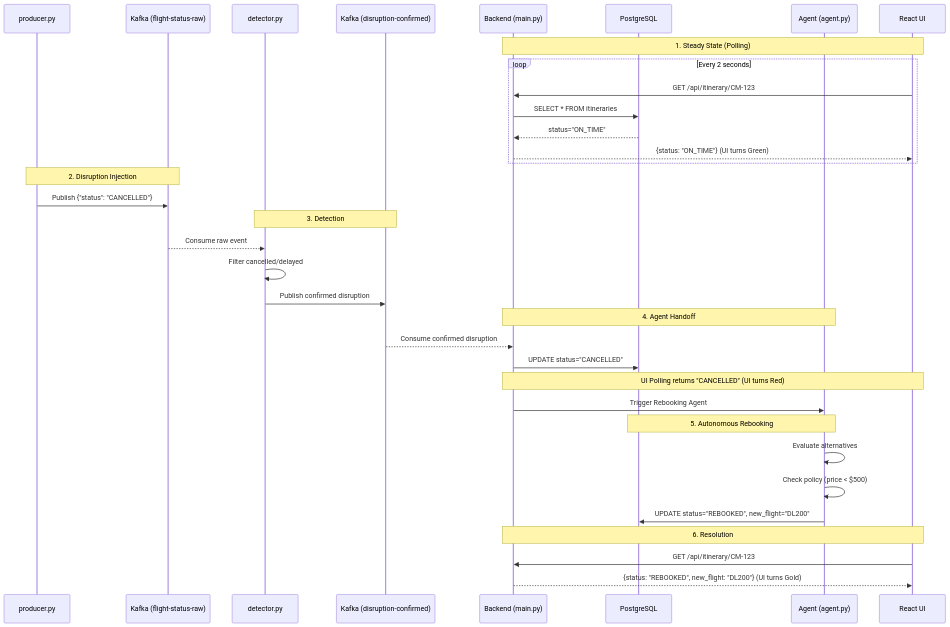
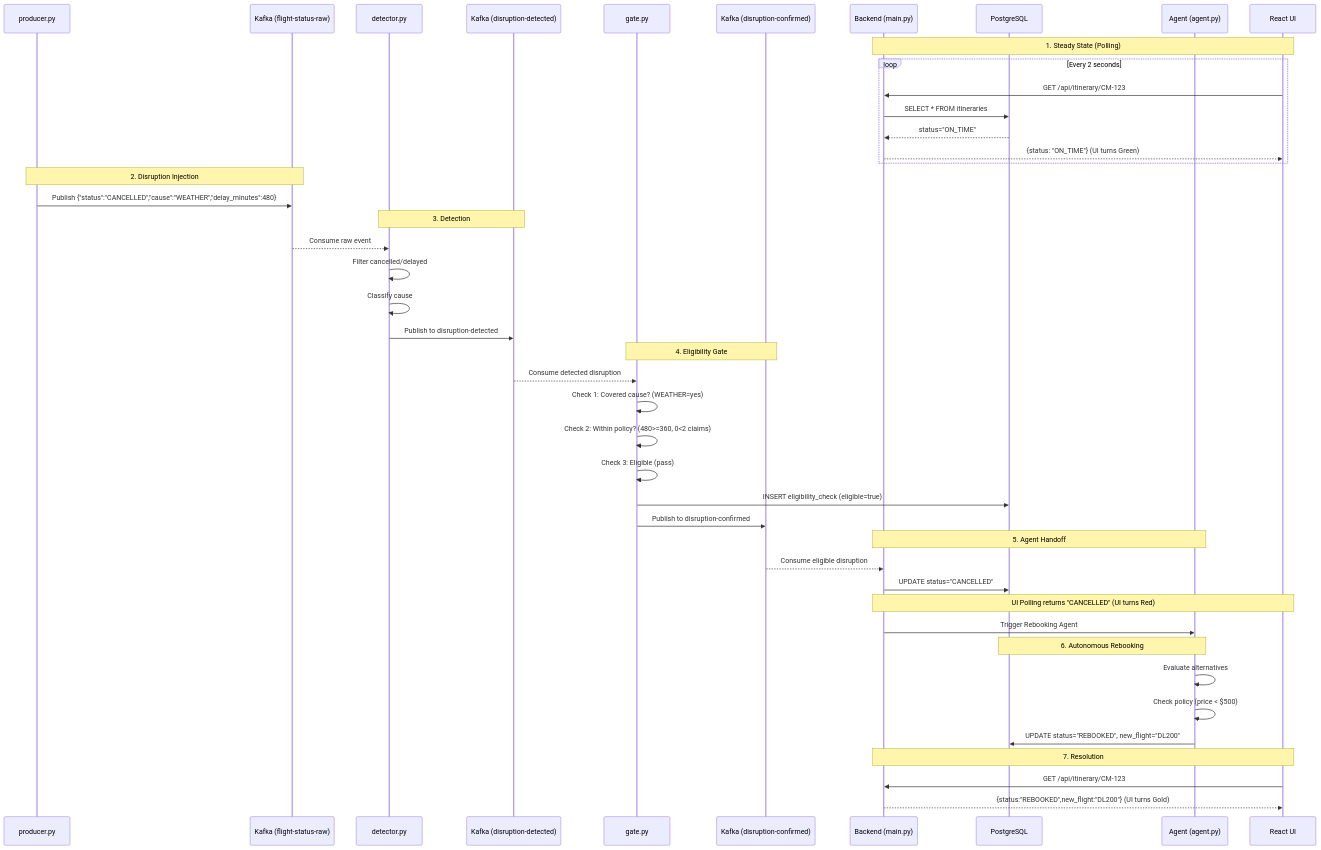
One commit to bishwathakur/Prototype-1 changed the second of 3 diagrams in README.md. Above: the diagram before and after it, drawn with Mermaid. The commit also changed other lines of this file and 14 other files, not shown here.

First line of the commit message:
feat: gate rebooking behind insurance eligibility

````diff
--- a/README.md
+++ b/README.md
@@ -50,42 +49,53 @@
 ```mermaid
 sequenceDiagram
     participant P as producer.py
     participant K1 as Kafka (flight-status-raw)
     participant D as detector.py
-    participant K2 as Kafka (disruption-confirmed)
+    participant K2 as Kafka (disruption-detected)
+    participant G as gate.py
+    participant K3 as Kafka (disruption-confirmed)
     participant B as Backend (main.py)
     participant DB as PostgreSQL
     participant A as Agent (agent.py)
     participant UI as React UI
 
     Note over UI,B: 1. Steady State (Polling)
     loop Every 2 seconds
         UI->>B: GET /api/itinerary/CM-123
         B->>DB: SELECT * FROM itineraries
         DB-->>B: status="ON_TIME"
         B-->>UI: {status: "ON_TIME"} (UI turns Green)
     end
 
     Note over P,K1: 2. Disruption Injection
-    P->>K1: Publish {"status": "CANCELLED"}
-    
+    P->>K1: Publish {"status":"CANCELLED","cause":"WEATHER","delay_minutes":480}
+
     Note over D,K2: 3. Detection
     K1-->>D: Consume raw event
     D->>D: Filter cancelled/delayed
-    D->>K2: Publish confirmed disruption
+    D->>D: Classify cause
+    D->>K2: Publish to disruption-detected
 
-    Note over B,A: 4. Agent Handoff
-    K2-->>B: Consume confirmed disruption
+    Note over G,K3: 4. Eligibility Gate
+    K2-->>G: Consume detected disruption
+    G->>G: Check 1: Covered cause? (WEATHER=yes)
+    G->>G: Check 2: Within policy? (480>=360, 0<2 claims)
+    G->>G: Check 3: Eligible (pass)
+    G->>DB: INSERT eligibility_check (eligible=true)
+    G->>K3: Publish to disruption-confirmed
+
+    Note over B,A: 5. Agent Handoff
+    K3-->>B: Consume eligible disruption
     B->>DB: UPDATE status="CANCELLED"
     Note over UI,B: UI Polling returns "CANCELLED" (UI turns Red)
     B->>A: Trigger Rebooking Agent
-    
-    Note over A,DB: 5. Autonomous Rebooking
+
+    Note over A,DB: 6. Autonomous Rebooking
     A->>A: Evaluate alternatives
     A->>A: Check policy (price < $500)
     A->>DB: UPDATE status="REBOOKED", new_flight="DL200"
 
-    Note over UI,B: 6. Resolution
+    Note over UI,B: 7. Resolution
     UI->>B: GET /api/itinerary/CM-123
-    B-->>UI: {status: "REBOOKED", new_flight: "DL200"} (UI turns Gold)
+    B-->>UI: {status:"REBOOKED",new_flight:"DL200"} (UI turns Gold)
 ```
````
